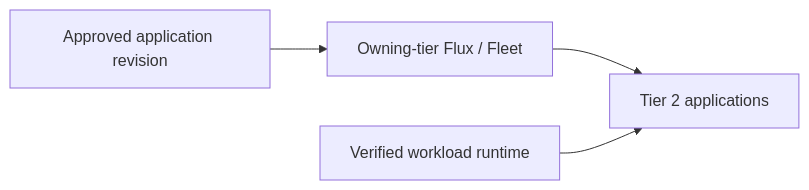
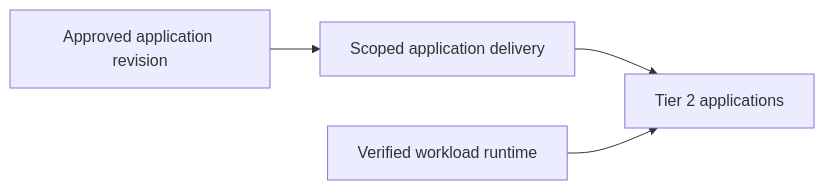
One commit to Rexus/homelab changed the third of 3 diagrams in docs/deployment/stage-6-workloads/README.md. Above: the diagram before and after it, drawn with Mermaid. The commit also changed other lines of this file and 89 other files, not shown here.

Commit message:
feat(iac): add tier clusters and top-down architecture

````diff
--- a/docs/deployment/stage-6-workloads/README.md
+++ b/docs/deployment/stage-6-workloads/README.md
@@ -63,6 +65,6 @@
 ```mermaid
 flowchart LR
-  Source["Approved application revision"] --> GitOps["Owning-tier Flux / Fleet"]
+  Source["Approved application revision"] --> GitOps["Scoped application delivery"]
   GitOps --> Apps["Tier 2 applications"]
   Runtime["Verified workload runtime"] --> Apps
 ```
````
